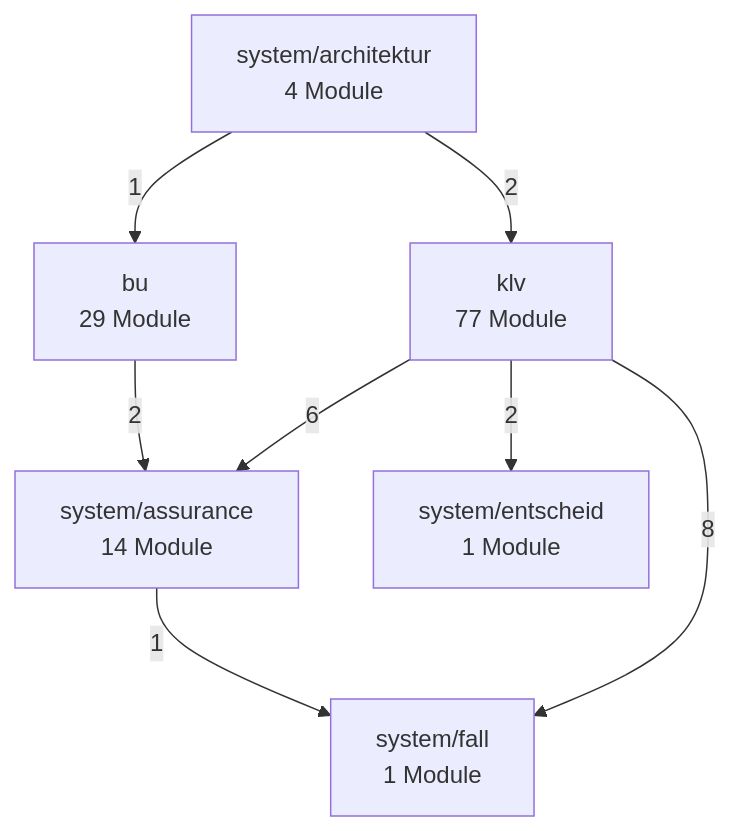
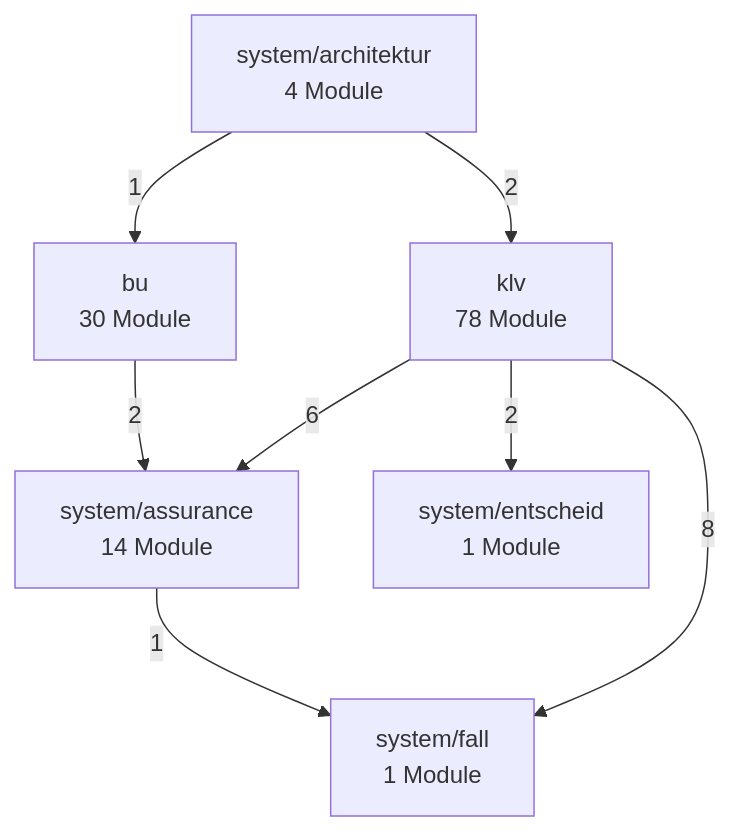
The second of 3 diagrams in docs/architektur/landkarte.md (bartlmac/rechner-pipeline), drawn with Mermaid before and after one commit. The commit also changed other lines of this file and 5 other files, not shown here.

````diff
--- a/docs/architektur/landkarte.md
+++ b/docs/architektur/landkarte.md
@@ -77,17 +77,17 @@
 ```mermaid
 %% Fachknoten — erzeugt von ontologie.landkarte
 flowchart TD
-    bu["bu<br/>29 Module"]
-    klv["klv<br/>77 Module"]
+    bu["bu<br/>30 Module"]
+    klv["klv<br/>78 Module"]
     system_architektur["system/architektur<br/>4 Module"]
     system_assurance["system/assurance<br/>14 Module"]
     system_entscheid["system/entscheid<br/>1 Module"]
     system_fall["system/fall<br/>1 Module"]
     bu -- 2 --> system_assurance
     klv -- 6 --> system_assurance
     klv -- 2 --> system_entscheid
     klv -- 8 --> system_fall
     system_architektur -- 1 --> bu
     system_architektur -- 2 --> klv
     system_assurance -- 1 --> system_fall
 ```
````
